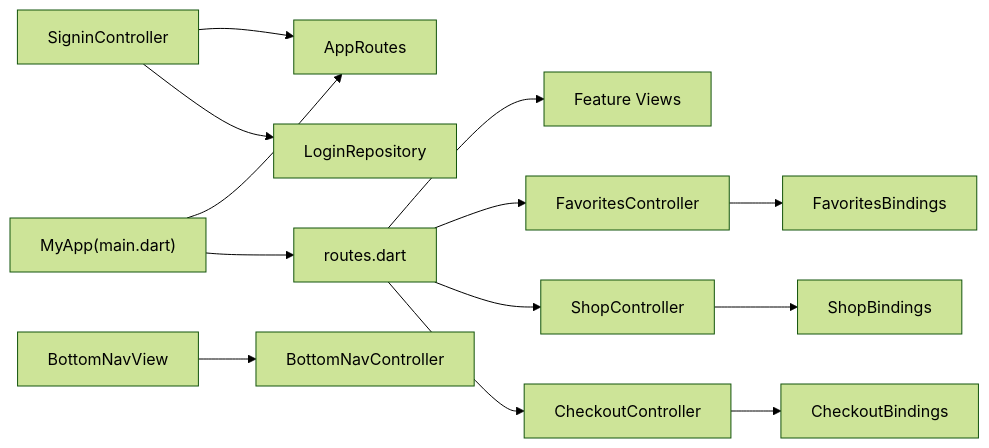
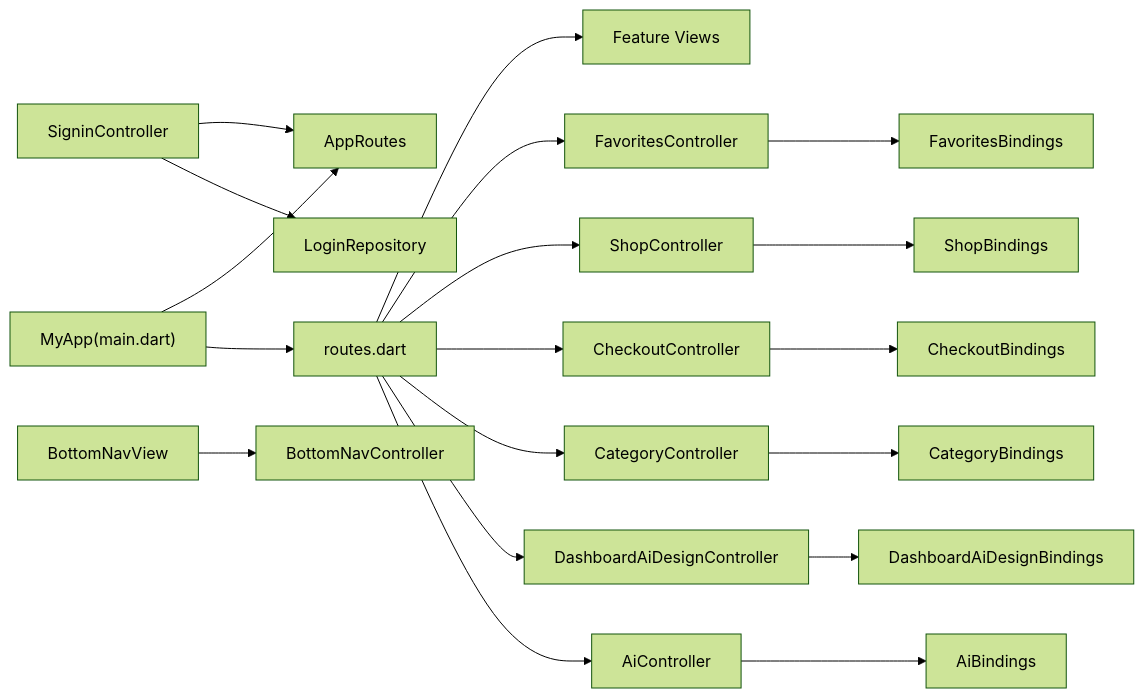
The ninth of 9 diagrams in .qoder/repowiki/en/content/Architecture Overview/Routing and Navigation.md (Ariful3111/FurniGo), drawn with Mermaid (forest theme) before and after one commit. The commit also changed other lines of this file and 67 other files, not shown here.

````diff
--- a/.qoder/repowiki/en/content/Architecture Overview/Routing and Navigation.md
+++ b/.qoder/repowiki/en/content/Architecture Overview/Routing and Navigation.md
@@ -437,15 +565,21 @@
 ```mermaid
 graph LR
 SIGNIN["SigninController"] --> APPRT["AppRoutes"]
 SIGNIN --> REPO["LoginRepository"]
 BOTTOMNAV["BottomNavView"] --> CTRL["BottomNavController"]
 FAVORITES["FavoritesController"] --> FAVBIND["FavoritesBindings"]
 SHOP["ShopController"] --> SHOBBIND["ShopBindings"]
 CHECKOUT["CheckoutController"] --> CHECKBIND["CheckoutBindings"]
+AICATEGORY["CategoryController"] --> AICATBIND["CategoryBindings"]
+AIDASHBOARD["DashboardAiDesignController"] --> AIDASHBIND["DashboardAiDesignBindings"]
+AI["AiController"] --> AIBIND["AiBindings"]
 MAIN["MyApp(main.dart)"] --> APPRT
 MAIN --> ROUTES["routes.dart"]
 ROUTES --> VIEWS["Feature Views"]
 ROUTES --> FAVORITES
 ROUTES --> SHOP
 ROUTES --> CHECKOUT
+ROUTES --> AICATEGORY
+ROUTES --> AIDASHBOARD
+ROUTES --> AI
 ```
````
